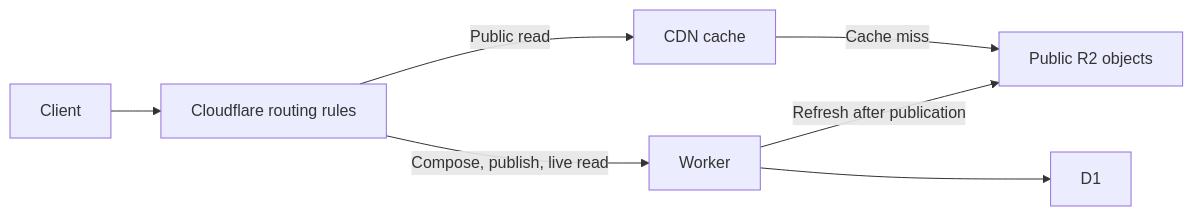
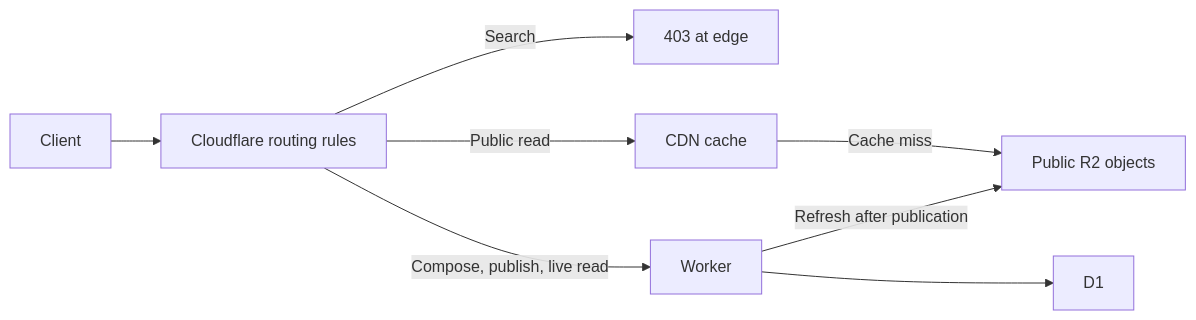
One commit to JohnDeved/bot-exchange changed the diagram in docs/ARCHITECTURE.md. Above: the diagram before and after it, drawn with Mermaid. The commit also changed other lines of this file and 13 other files, not shown here.

````diff
--- a/docs/ARCHITECTURE.md
+++ b/docs/ARCHITECTURE.md
@@ -7,9 +9,10 @@
 ```mermaid
 flowchart LR
     Client --> Edge[Cloudflare routing rules]
+    Edge -->|Search| Block[403 at edge]
     Edge -->|Public read| CDN[CDN cache]
     CDN -->|Cache miss| R2[Public R2 objects]
     Edge -->|Compose, publish, live read| Worker
     Worker --> D1
     Worker -->|Refresh after publication| R2
 ```
````
